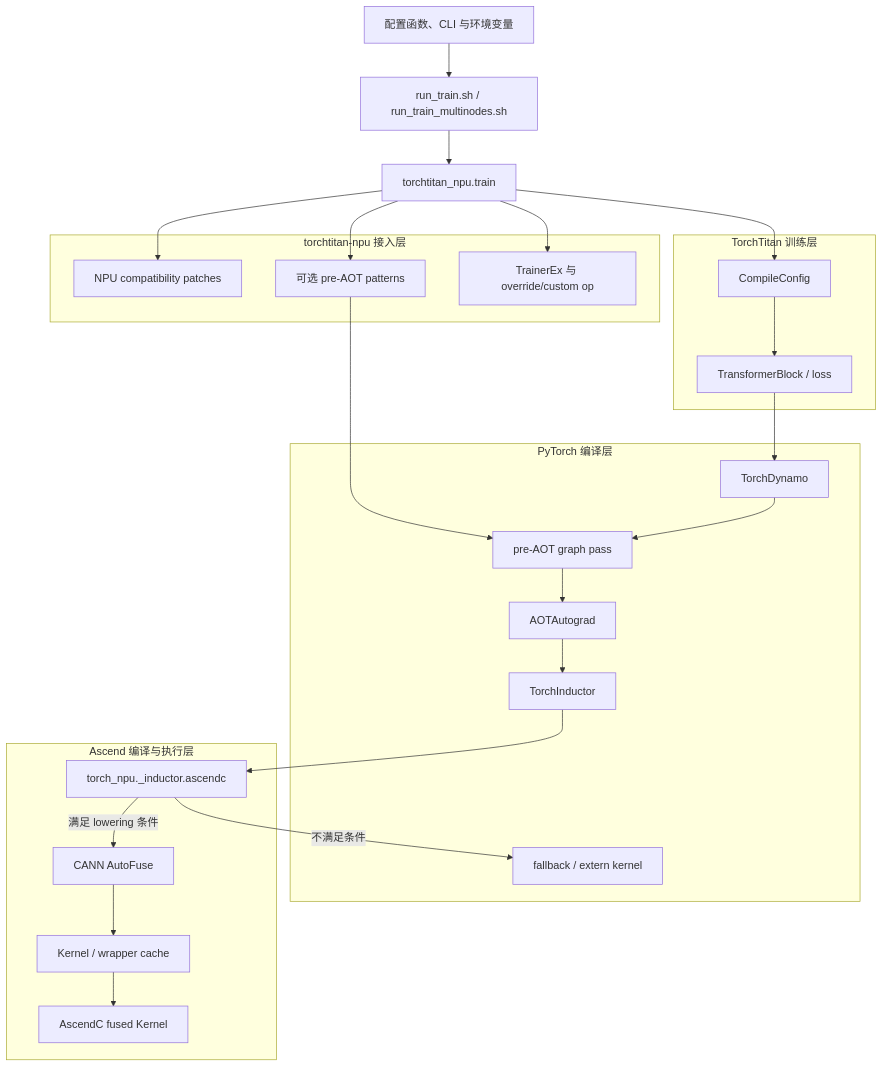
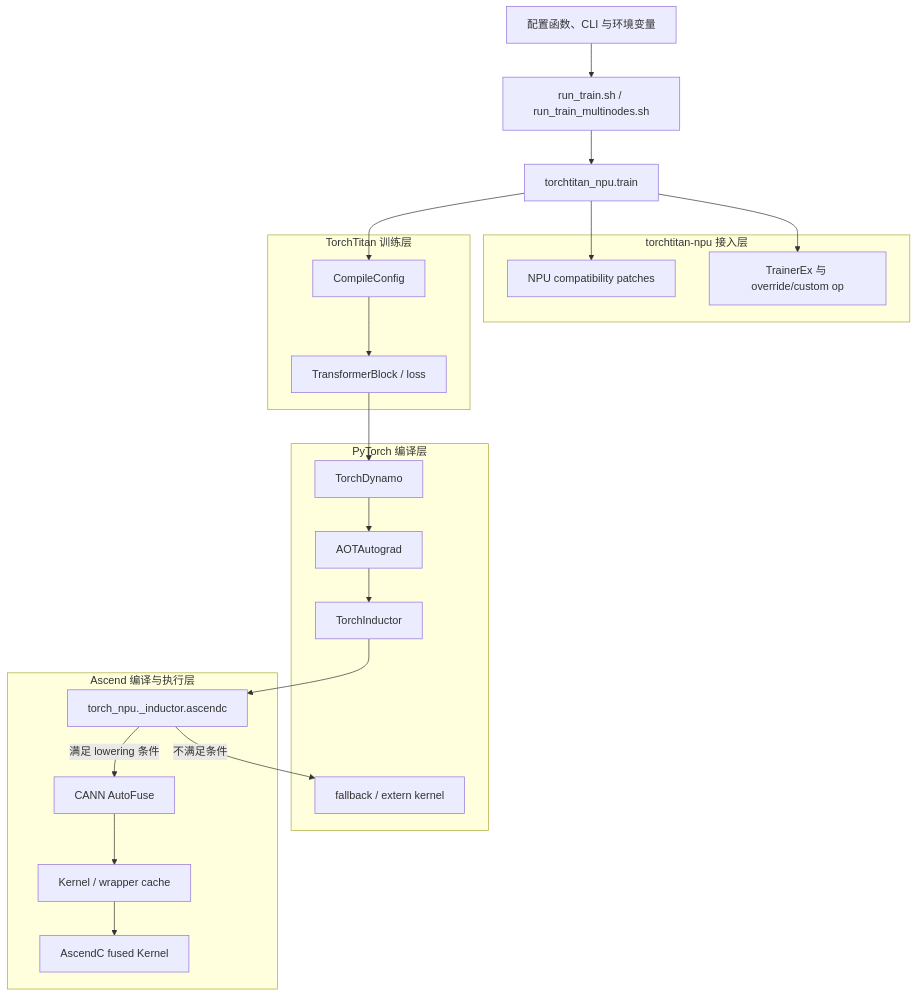
Before and after one commit to botcanlearn/torchtitan-npu-upstream: the diagram in docs/feature_guides/torch_compile.md, drawn with Mermaid. The commit also changed other lines of this file and 32 other files, not shown here.

First paragraph of the commit message:
feat(rope): DeepSeek-V4 partial RoPE 融合改用 override 直接调用融合算子，并删除旧的 graph pattern 机制

````diff
--- a/docs/feature_guides/torch_compile.md
+++ b/docs/feature_guides/torch_compile.md
@@ -207,42 +188,38 @@
 ```mermaid
 flowchart TB
     USER[配置函数、CLI 与环境变量]
     LAUNCH[run_train.sh / run_train_multinodes.sh]
     ENTRY[torchtitan_npu.train]
 
     subgraph PLUGIN[torchtitan-npu 接入层]
         PATCH[NPU compatibility patches]
-        PATTERN[可选 pre-AOT patterns]
         EXT[TrainerEx 与 override/custom op]
     end
 
     subgraph TORCHTITAN[TorchTitan 训练层]
         CONFIG[CompileConfig]
         MODEL[TransformerBlock / loss]
     end
 
     subgraph PYTORCH[PyTorch 编译层]
         DYNAMO[TorchDynamo]
-        PREAOT[pre-AOT graph pass]
         AOT[AOTAutograd]
         INDUCTOR[TorchInductor]
         FALLBACK[fallback / extern kernel]
     end
 
     subgraph ASCEND[Ascend 编译与执行层]
         BACKEND[torch_npu._inductor.ascendc]
         AUTOFUSE[CANN AutoFuse]
         CACHE[Kernel / wrapper cache]
         KERNEL[AscendC fused Kernel]
     end
 
     USER --> LAUNCH --> ENTRY
     ENTRY --> PATCH
-    ENTRY --> PATTERN
     ENTRY --> EXT
     ENTRY --> CONFIG --> MODEL --> DYNAMO
-    PATTERN --> PREAOT
-    DYNAMO --> PREAOT --> AOT --> INDUCTOR --> BACKEND
+    DYNAMO --> AOT --> INDUCTOR --> BACKEND
     BACKEND -->|满足 lowering 条件| AUTOFUSE --> CACHE --> KERNEL
     BACKEND -->|不满足条件| FALLBACK
 ```
````
